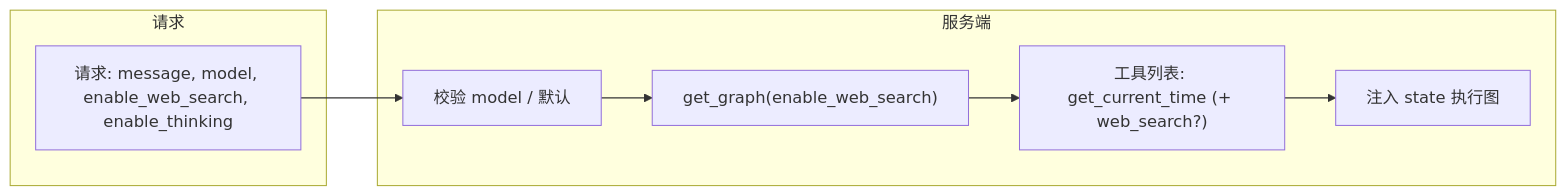
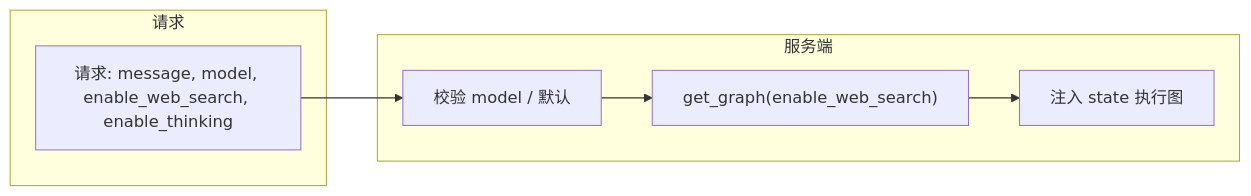
One commit to 1044387929-del/kamiu-agent changed the first of 2 diagrams in README_CN.md. Above: the diagram before and after it, drawn with Mermaid. The commit also changed other lines of this file and 8 other files, not shown here.

````diff
--- a/README_CN.md
+++ b/README_CN.md
@@ -28,16 +31,14 @@
 ```mermaid
 flowchart LR
     subgraph 请求
         A[请求: message, model, enable_web_search, enable_thinking]
     end
     subgraph 服务端
         B[校验 model / 默认]
         C["get_graph(enable_web_search)"]
-        D["工具列表: get_current_time (+ web_search?)"]
-        E[注入 state 执行图]
+        D[注入 state 执行图]
     end
     A --> B
     B --> C
     C --> D
-    D --> E
 ```
````
